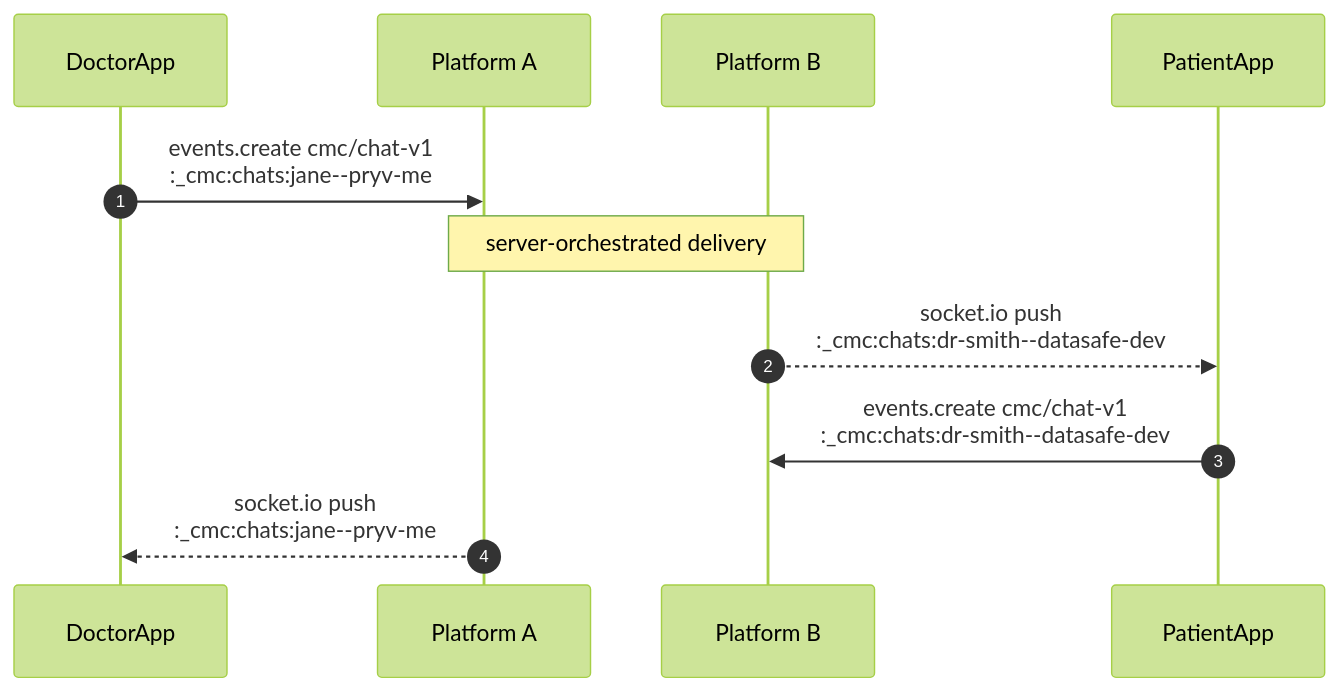
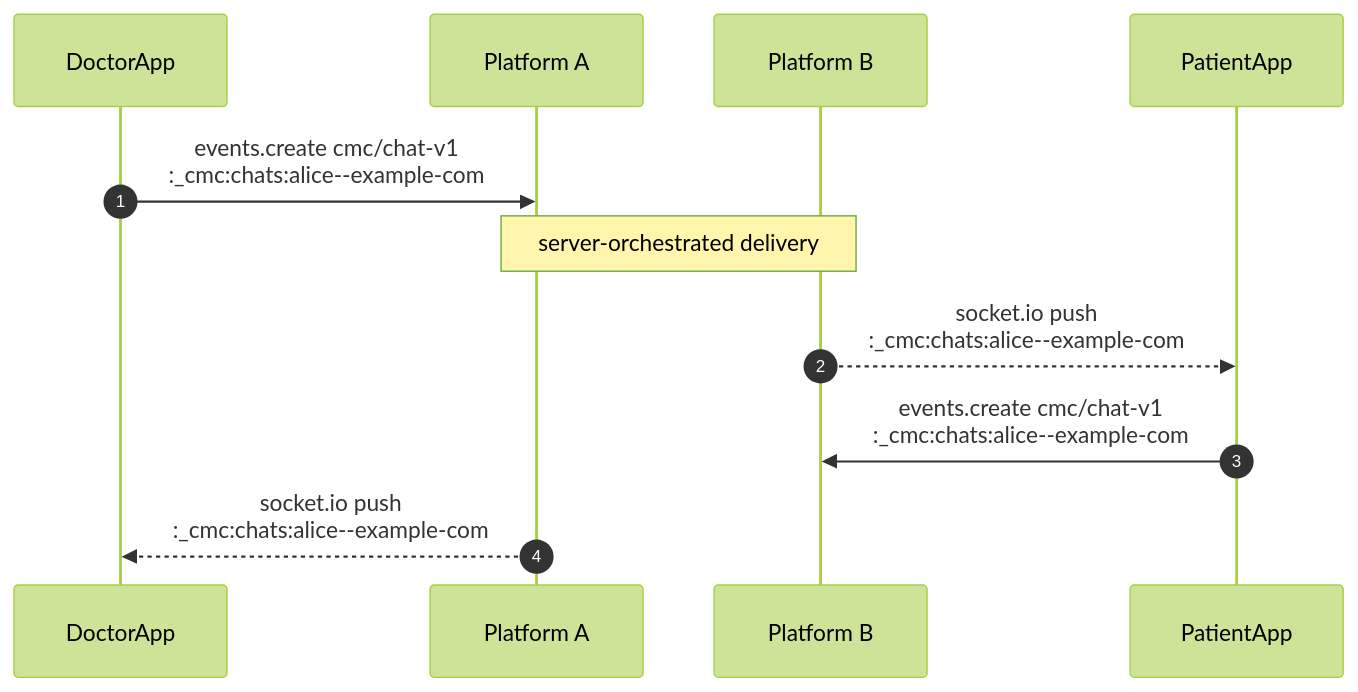
One commit to pryv/open-pryv.io changed the second of 5 diagrams in components/cmc/IMPLEMENTERS-GUIDE.md. Above: the diagram before and after it, drawn with Mermaid (forest theme). The commit also changed other lines of this file and 20 other files, not shown here.

````diff
--- a/components/cmc/IMPLEMENTERS-GUIDE.md
+++ b/components/cmc/IMPLEMENTERS-GUIDE.md
@@ -331,14 +331,14 @@
 ```mermaid
 sequenceDiagram
     autonumber
     participant DoctorApp
     participant PlatformA as Platform A
     participant PlatformB as Platform B
     participant PatientApp
 
-    DoctorApp->>PlatformA: events.create cmc/chat-v1<br/>:_cmc:chats:jane--pryv-me
+    DoctorApp->>PlatformA: events.create cmc/chat-v1<br/>:_cmc:chats:alice--example-com
     Note over PlatformA,PlatformB: server-orchestrated delivery
-    PlatformB-->>PatientApp: socket.io push<br/>:_cmc:chats:dr-smith--datasafe-dev
-    PatientApp->>PlatformB: events.create cmc/chat-v1<br/>:_cmc:chats:dr-smith--datasafe-dev
-    PlatformA-->>DoctorApp: socket.io push<br/>:_cmc:chats:jane--pryv-me
+    PlatformB-->>PatientApp: socket.io push<br/>:_cmc:chats:alice--example-com
+    PatientApp->>PlatformB: events.create cmc/chat-v1<br/>:_cmc:chats:alice--example-com
+    PlatformA-->>DoctorApp: socket.io push<br/>:_cmc:chats:alice--example-com
 ```
````
